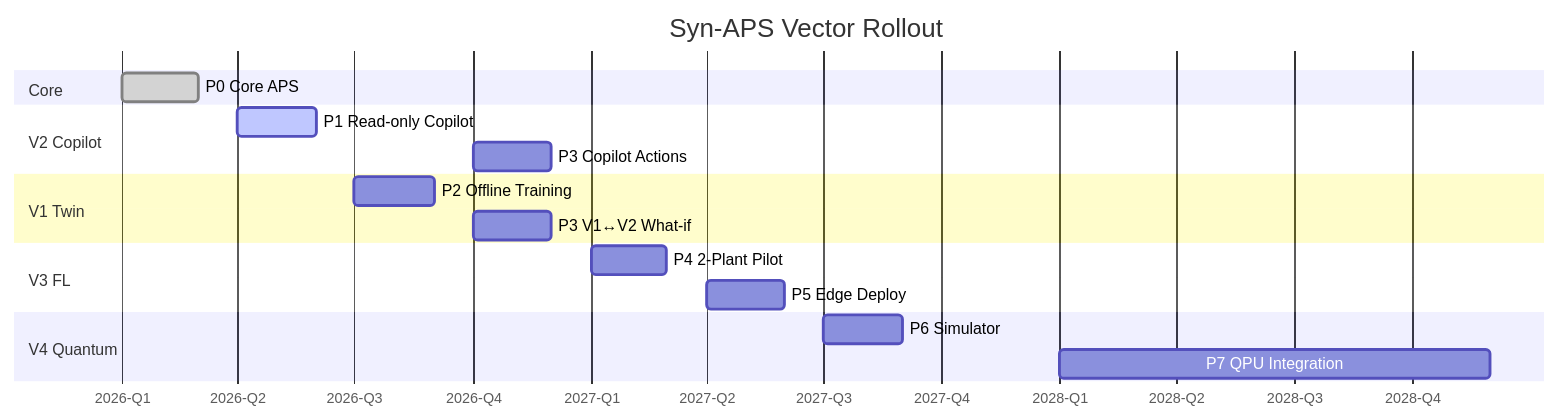
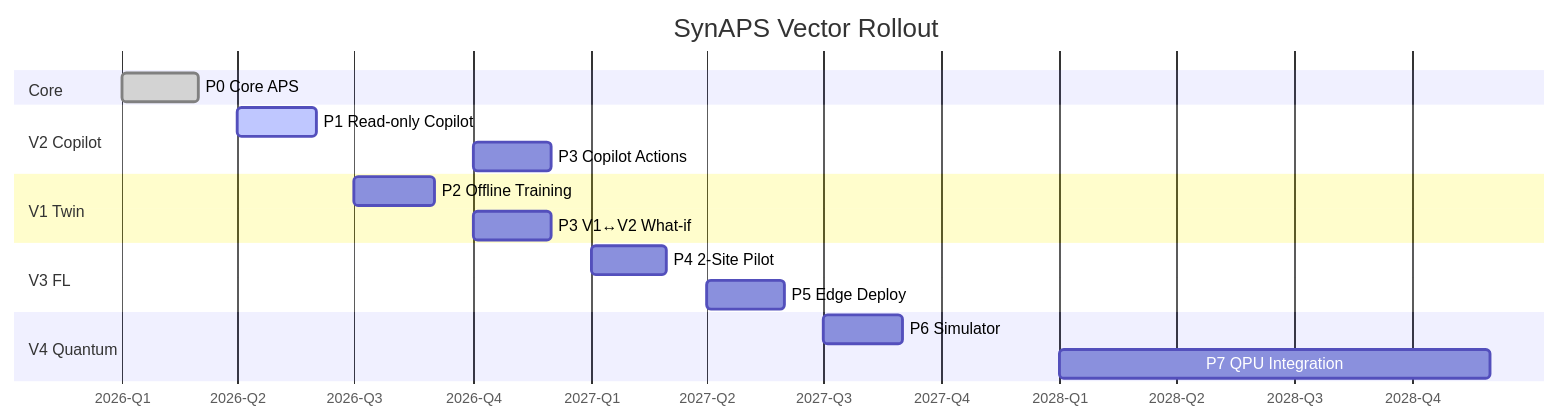
Before and after one commit to KonkovDV/SynAPS: the third of 3 diagrams in docs/evolution/CROSS_VECTOR_INTEGRATION.md, drawn with Mermaid. The commit also changed other lines of this file and 174 other files, not shown here.

````diff
--- a/docs/evolution/CROSS_VECTOR_INTEGRATION.md
+++ b/docs/evolution/CROSS_VECTOR_INTEGRATION.md
@@ -196,25 +196,25 @@
 ```mermaid
 gantt
-    title Syn-APS Vector Rollout
+    title SynAPS Vector Rollout
     dateFormat  YYYY-MM
     axisFormat  %Y-Q%q
 
     section Core
     P0 Core APS           :done, p0, 2026-01, 2026-03
 
     section V2 Copilot
     P1 Read-only Copilot  :active, p1, 2026-04, 2026-06
     P3 Copilot Actions    :p3, 2026-10, 2026-12
 
     section V1 Twin
     P2 Offline Training   :p2, 2026-07, 2026-09
     P3 V1↔V2 What-if     :p3b, 2026-10, 2026-12
 
     section V3 FL
-    P4 2-Plant Pilot      :p4, 2027-01, 2027-03
+    P4 2-Site Pilot       :p4, 2027-01, 2027-03
     P5 Edge Deploy        :p5, 2027-04, 2027-06
 
     section V4 Quantum
     P6 Simulator          :p6, 2027-07, 2027-09
     P7 QPU Integration    :p7, 2028-01, 2028-12
 ```
````
